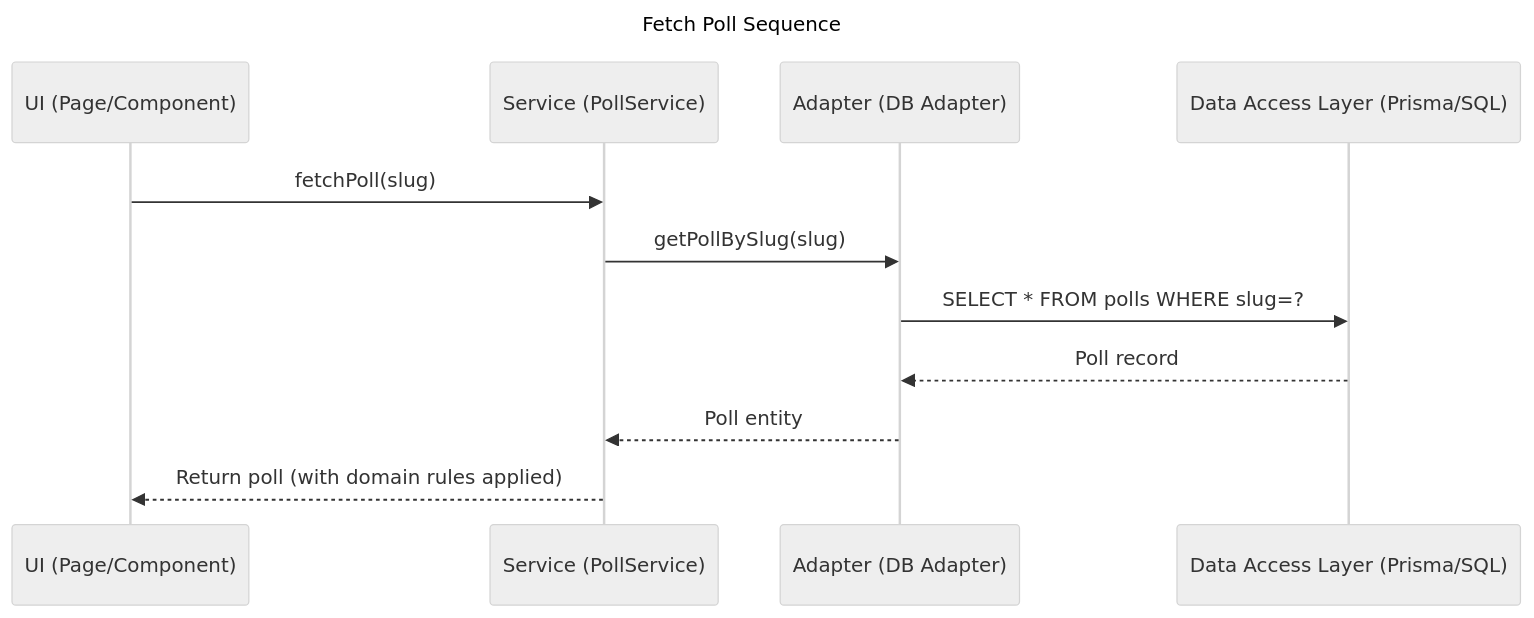
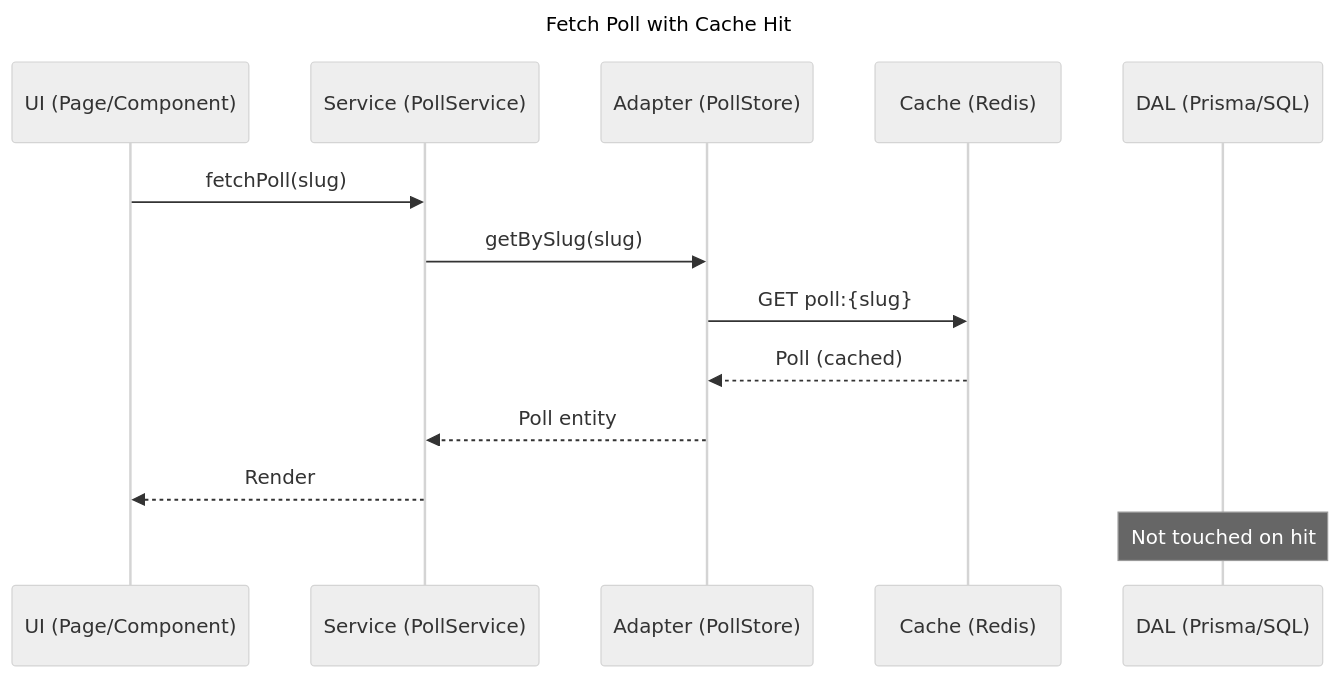
Before and after one commit to sandbox-as-a-service/docs: the first of 3 diagrams in fetch-poll-sequence.md, drawn with Mermaid. The commit also changed other lines of this file, not shown here.

````diff
--- a/fetch-poll-sequence.md
+++ b/fetch-poll-sequence.md
@@ -1,21 +1,22 @@
 ```mermaid
 ---
-title: Fetch Poll Sequence
+title: Fetch Poll with Cache Hit
 config:
   theme: neutral
-  look: handDrawn
 ---
-
 sequenceDiagram
     participant UI as UI (Page/Component)
     participant S as Service (PollService)
-    participant A as Adapter (DB Adapter)
-    participant DAL as Data Access Layer (Prisma/SQL)
+    participant PS as Adapter (PollStore)
+    participant C as Cache (Redis)
+    participant DB as DAL (Prisma/SQL)
 
     UI->>S: fetchPoll(slug)
-    S->>A: getPollBySlug(slug)
-    A->>DAL: SELECT * FROM polls WHERE slug=?
-    DAL-->>A: Poll record
-    A-->>S: Poll entity
-    S-->>UI: Return poll (with domain rules applied)
+    S->>PS: getBySlug(slug)
+    PS->>C: GET poll:{slug}
+    C-->>PS: Poll (cached)
+    PS-->>S: Poll entity
+    S-->>UI: Render
+    note over DB: Not touched on hit
+
 ```
````
